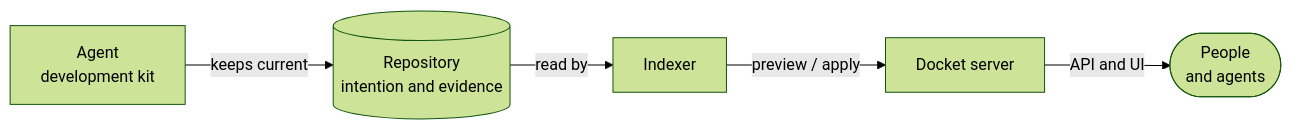
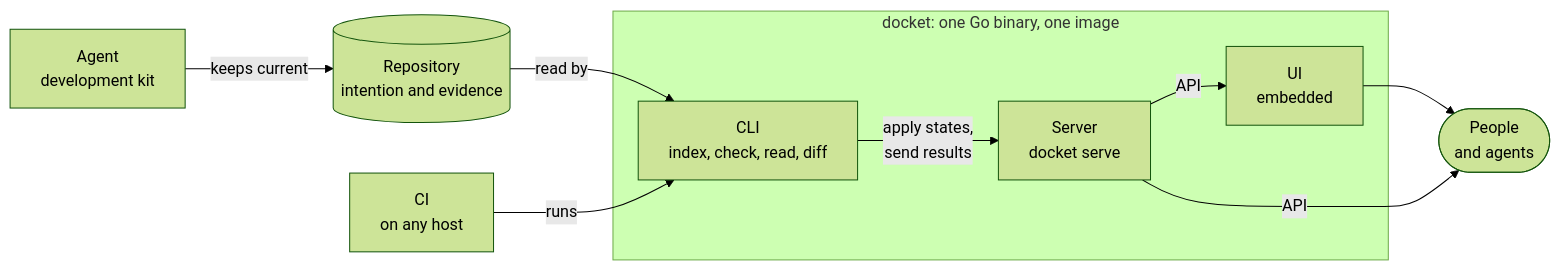
Before and after one commit to docqet/docqet: the diagram in README.md, drawn with Mermaid (forest theme). The commit also changed other lines of this file and 4 other files, not shown here.

First line of the commit message:
Make docket one Go program: the CLI, the server and the UI's host

````diff
--- a/README.md
+++ b/README.md
@@ -289,13 +290,21 @@
 ```mermaid
 flowchart LR
   kit["Agent<br/>development kit"]
   repo[("Repository<br/>intention and evidence")]
-  indexer["Indexer"]
-  server["Docket server"]
+  ci["CI<br/>on any host"]
   people(["People<br/>and agents"])
 
+  subgraph image["docket: one Go binary, one image"]
+    cli["CLI<br/>index, check, read, diff"]
+    server["Server<br/>docket serve"]
+    ui["UI<br/>embedded"]
+  end
+
   kit -- "keeps current" --> repo
-  repo -- "read by" --> indexer
-  indexer -- "preview / apply" --> server
-  server -- "API and UI" --> people
+  repo -- "read by" --> cli
+  ci -- "runs" --> cli
+  cli -- "apply states,<br/>send results" --> server
+  server -- "API" --> ui
+  ui --> people
+  server -- "API" --> people
 ```
````
